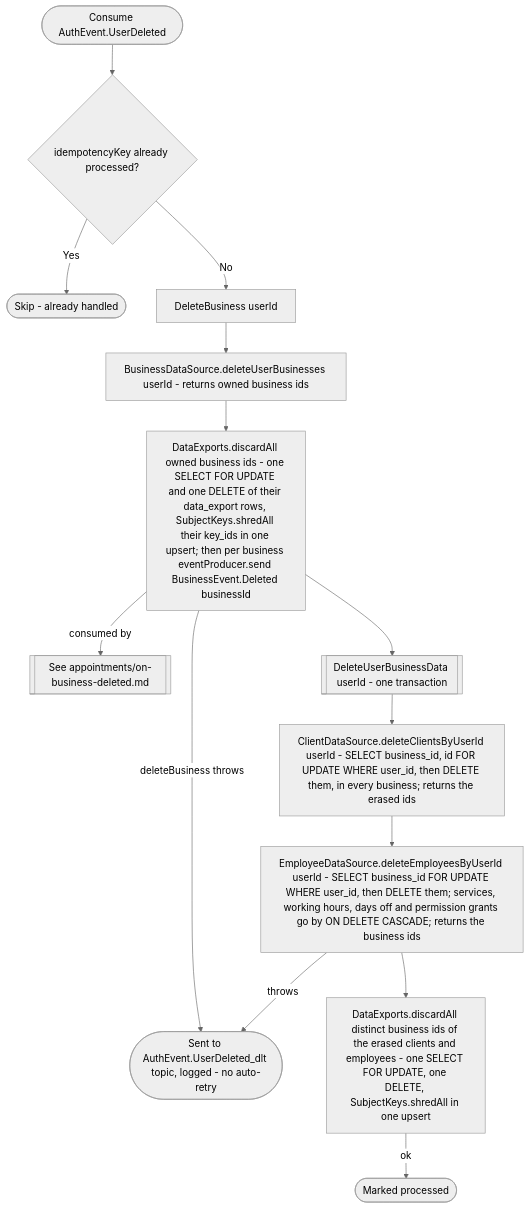
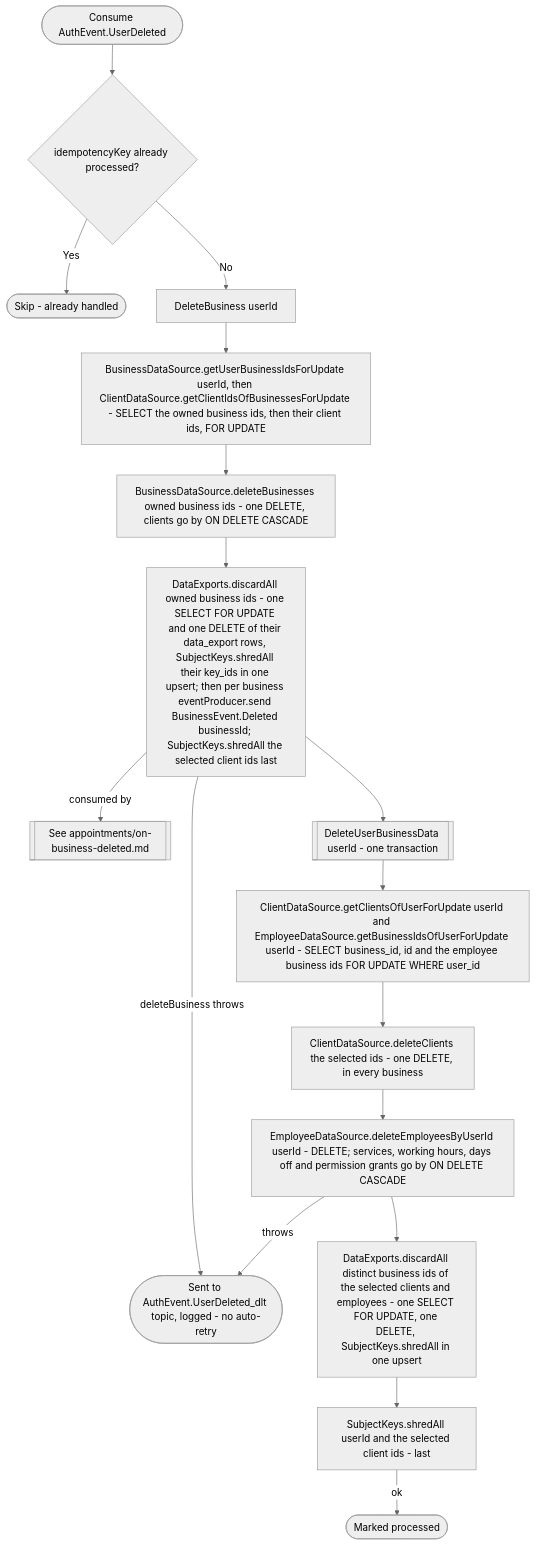
The diagram in docs/operations/business/on-user-deleted.md (nocturneproperties/bookkme), drawn with Mermaid (neutral theme) before and after one commit. The commit also changed 82 other files, not shown here.

Commit message:
[ISSUE-157] shred keys on entity removal

````diff
--- a/docs/operations/business/on-user-deleted.md
+++ b/docs/operations/business/on-user-deleted.md
@@ -19,16 +19,19 @@
 ```mermaid
 flowchart TD
     Start([Consume AuthEvent.UserDeleted]) --> Dedup{idempotencyKey already processed?}
     Dedup -- Yes --> Skip([Skip - already handled])
     Dedup -- No --> DeleteBiz[DeleteBusiness userId]
-    DeleteBiz --> GetBiz[BusinessDataSource.deleteUserBusinesses userId - returns owned business ids]
-    GetBiz --> Loop["DataExports.discardAll owned business ids - one SELECT FOR UPDATE and one DELETE of their data_export rows, SubjectKeys.shredAll their key_ids in one upsert; then per business eventProducer.send BusinessEvent.Deleted businessId"]
+    DeleteBiz --> GetBiz["BusinessDataSource.getUserBusinessIdsForUpdate userId, then ClientDataSource.getClientIdsOfBusinessesForUpdate - SELECT the owned business ids, then their client ids, FOR UPDATE"]
+    GetBiz --> DelBiz["BusinessDataSource.deleteBusinesses owned business ids - one DELETE, clients go by ON DELETE CASCADE"]
+    DelBiz --> Loop["DataExports.discardAll owned business ids - one SELECT FOR UPDATE and one DELETE of their data_export rows, SubjectKeys.shredAll their key_ids in one upsert; then per business eventProducer.send BusinessEvent.Deleted businessId; SubjectKeys.shredAll the selected client ids last"]
     Loop -- consumed by --> Downstream[[See appointments/on-business-deleted.md]]
     Loop -- deleteBusiness throws --> Dlt([Sent to AuthEvent.UserDeleted_dlt topic, logged - no auto-retry])
     Loop --> DeleteData[[DeleteUserBusinessData userId - one transaction]]
-    DeleteData --> DelClients["ClientDataSource.deleteClientsByUserId userId - SELECT business_id, id FOR UPDATE WHERE user_id, then DELETE them, in every business; returns the erased ids"]
-    DelClients --> DelEmployees["EmployeeDataSource.deleteEmployeesByUserId userId - SELECT business_id FOR UPDATE WHERE user_id, then DELETE them; services, working hours, days off and permission grants go by ON DELETE CASCADE; returns the business ids"]
-    DelEmployees --> DiscardExports["DataExports.discardAll distinct business ids of the erased clients and employees - one SELECT FOR UPDATE, one DELETE, SubjectKeys.shredAll in one upsert"]
+    DeleteData --> SelClients["ClientDataSource.getClientsOfUserForUpdate userId and EmployeeDataSource.getBusinessIdsOfUserForUpdate userId - SELECT business_id, id and the employee business ids FOR UPDATE WHERE user_id"]
+    SelClients --> DelClients["ClientDataSource.deleteClients the selected ids - one DELETE, in every business"]
+    DelClients --> DelEmployees["EmployeeDataSource.deleteEmployeesByUserId userId - DELETE; services, working hours, days off and permission grants go by ON DELETE CASCADE"]
+    DelEmployees --> DiscardExports["DataExports.discardAll distinct business ids of the selected clients and employees - one SELECT FOR UPDATE, one DELETE, SubjectKeys.shredAll in one upsert"]
+    DiscardExports --> ShredUser["SubjectKeys.shredAll userId and the selected client ids - last"]
     DelEmployees -- throws --> Dlt
-    DiscardExports -- ok --> Ack([Marked processed])
+    ShredUser -- ok --> Ack([Marked processed])
 ```
````
